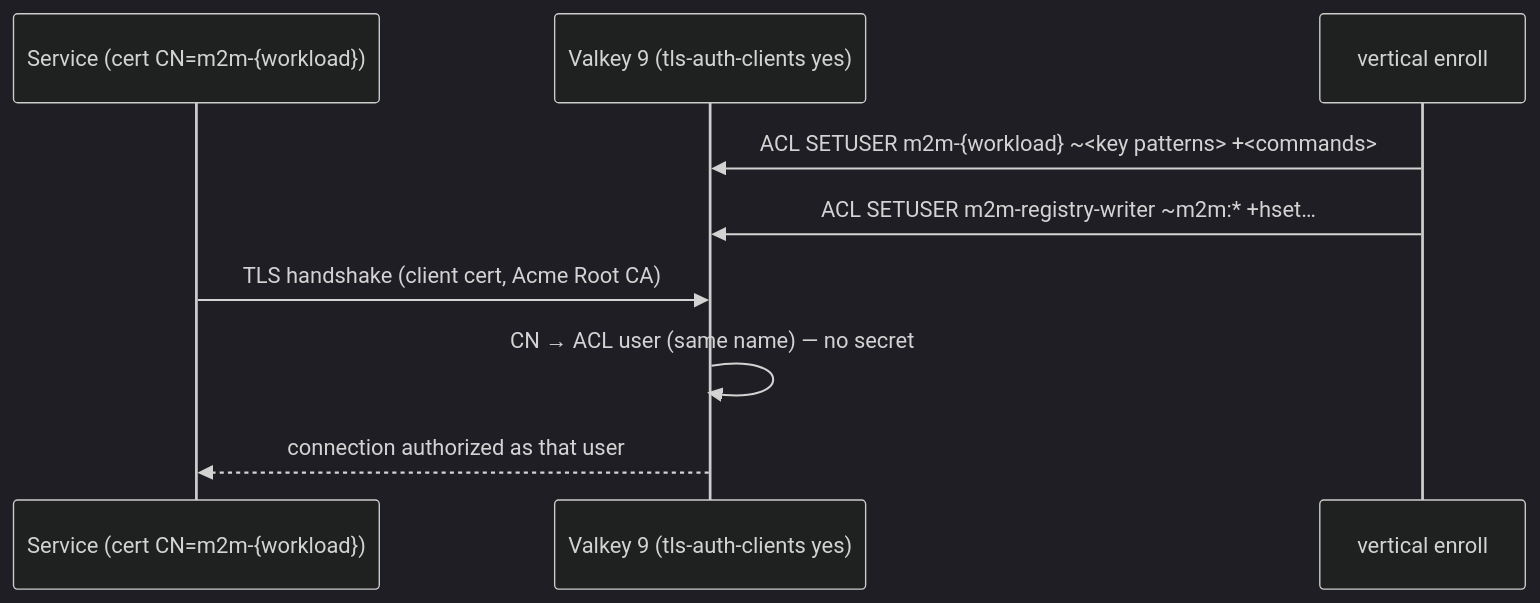
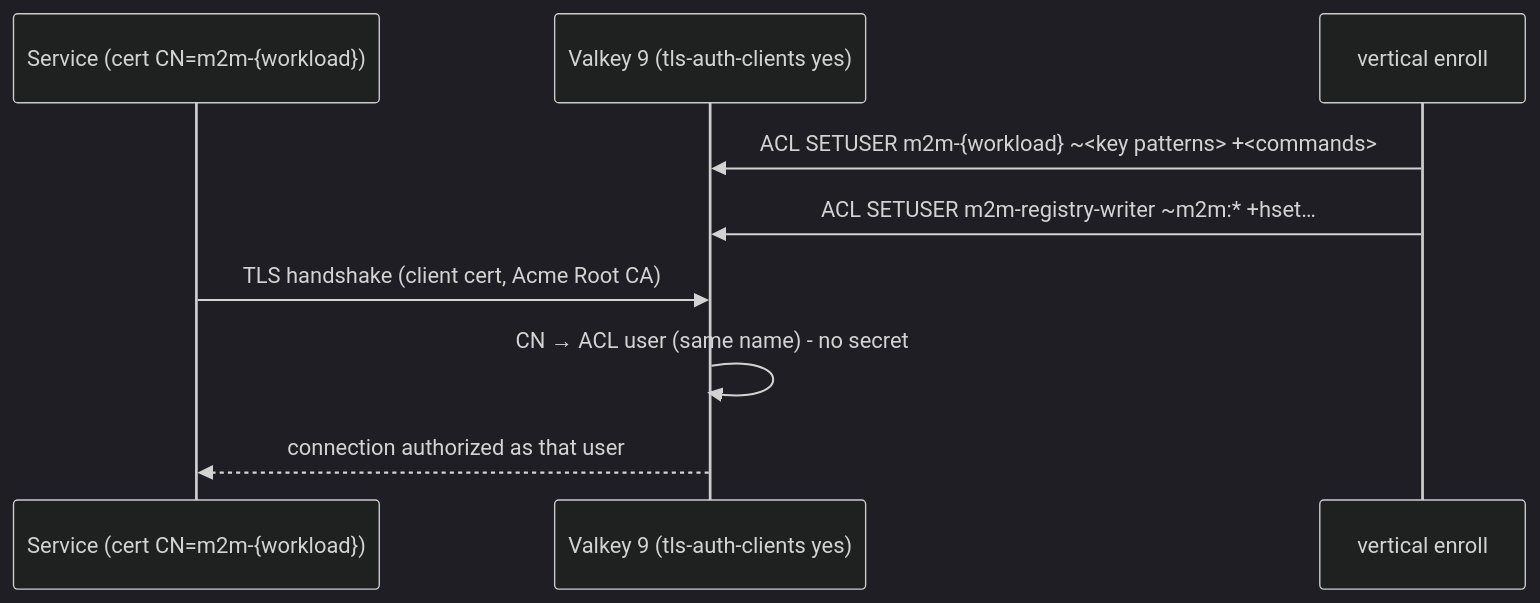
The second of 3 diagrams in DESIGN.md (Sentin8/sentin8), drawn with Mermaid (dark theme) before and after one commit. The commit also changed other lines of this file and 7 other files, not shown here.

````diff
--- a/DESIGN.md
+++ b/DESIGN.md
@@ -68,11 +68,11 @@
 ```mermaid
 sequenceDiagram
     participant W as Service (cert CN=m2m-{workload})
     participant V as Valkey 9 (tls-auth-clients yes)
     participant E as vertical enroll
     E->>V: ACL SETUSER m2m-{workload} ~<key patterns> +<commands>
     E->>V: ACL SETUSER m2m-registry-writer ~m2m:* +hset…
     W->>V: TLS handshake (client cert, Acme Root CA)
-    V->>V: CN → ACL user (same name) — no secret
+    V->>V: CN → ACL user (same name) - no secret
     V-->>W: connection authorized as that user
 ```
````
